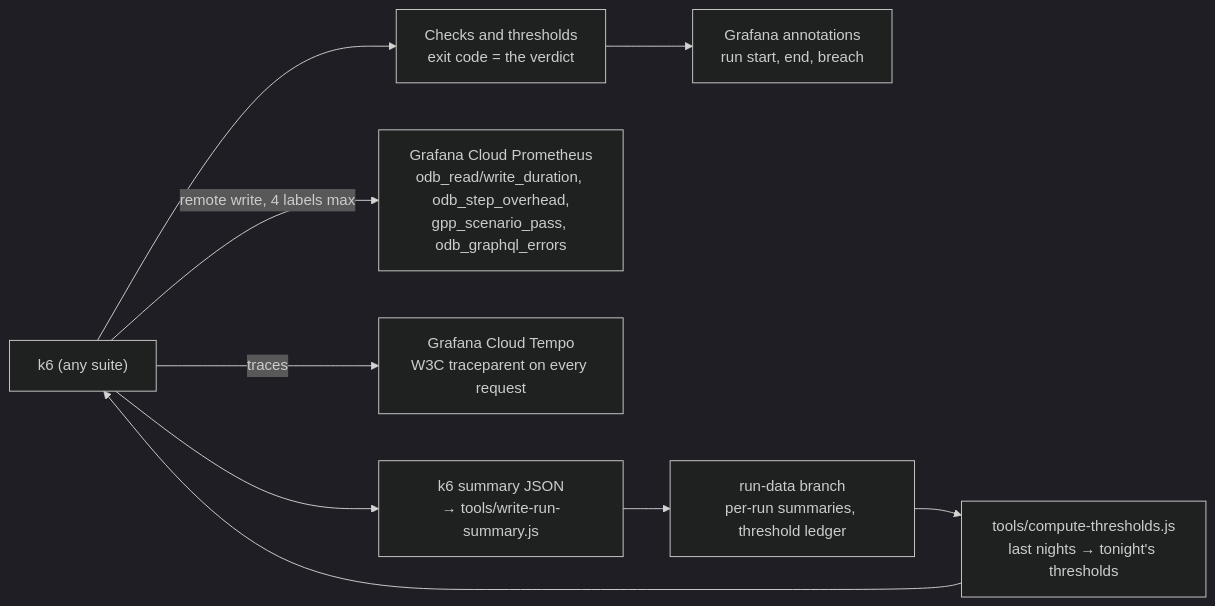
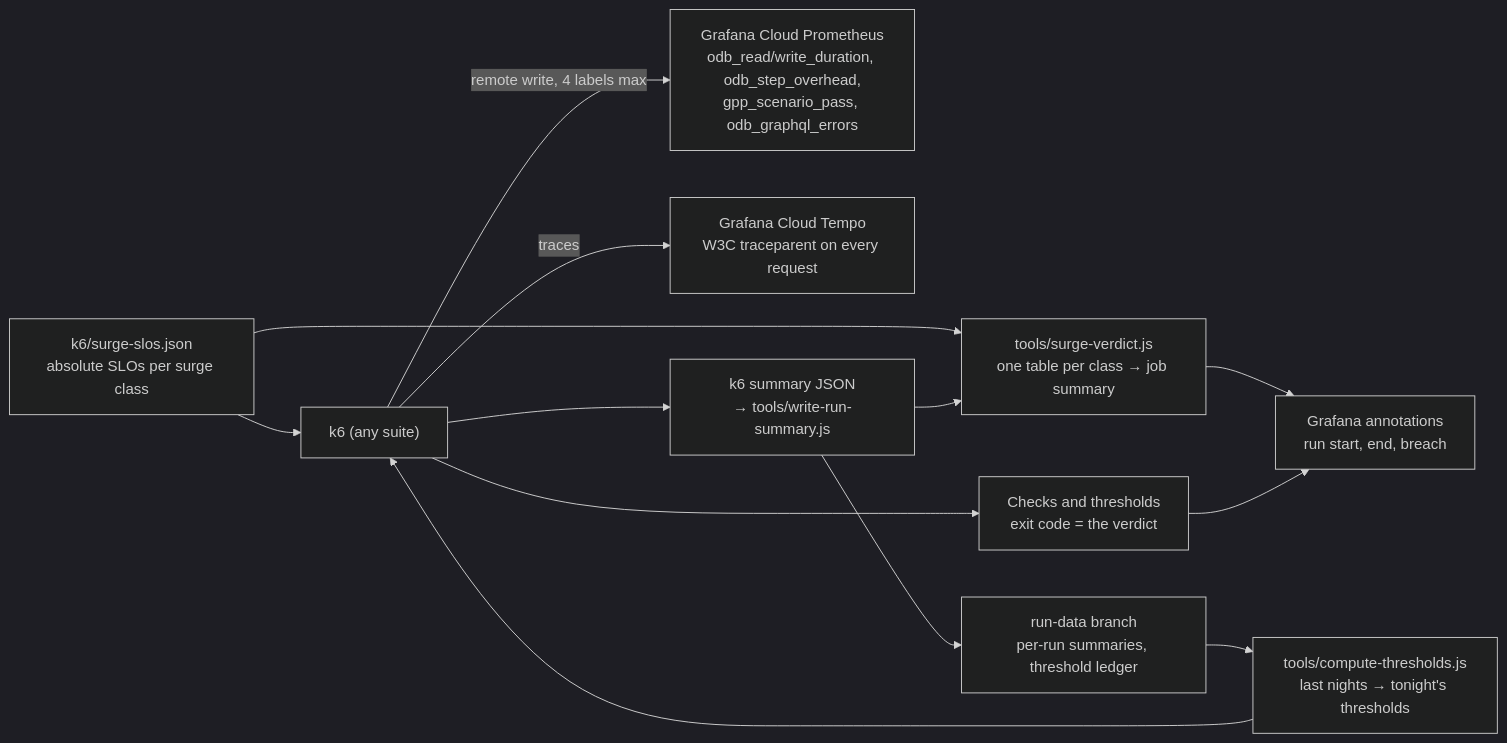
The fifth of 5 diagrams in ARCHITECTURE.md (cquiroz/gpp-tests), drawn with Mermaid (dark theme) before and after one commit. The commit also changed other lines of this file and 21 other files, not shown here.

````diff
--- a/ARCHITECTURE.md
+++ b/ARCHITECTURE.md
@@ -249,18 +249,24 @@
 ```mermaid
 flowchart LR
   k6["k6 (any suite)"]
   checks["Checks and thresholds<br/>exit code = the verdict"]
   prom["Grafana Cloud Prometheus<br/>odb_read/write_duration, odb_step_overhead,<br/>gpp_scenario_pass, odb_graphql_errors"]
   tempo["Grafana Cloud Tempo<br/>W3C traceparent on every request"]
   ann["Grafana annotations<br/>run start, end, breach"]
   summary["k6 summary JSON<br/>→ tools/write-run-summary.js"]
   ledger["run-data branch<br/>per-run summaries, threshold ledger"]
   thr["tools/compute-thresholds.js<br/>last nights → tonight's thresholds"]
+  slos["k6/surge-slos.json<br/>absolute SLOs per surge class"]
+  verdict["tools/surge-verdict.js<br/>one table per class → job summary"]
 
+  slos --> k6
+  slos --> verdict
+  summary --> verdict
+  verdict --> ann
   k6 --> checks
   k6 -- "remote write, 4 labels max" --> prom
   k6 -- "traces" --> tempo
   k6 --> summary --> ledger
   ledger --> thr --> k6
   checks --> ann
 ```
````
